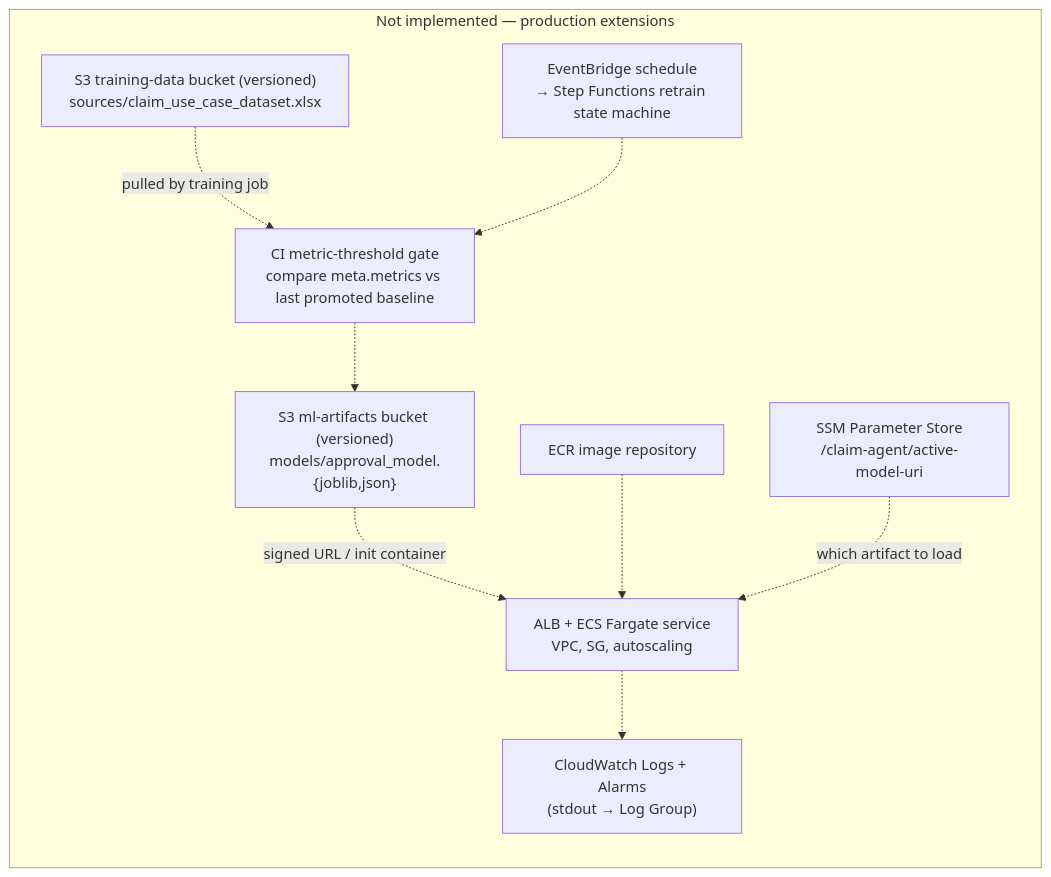
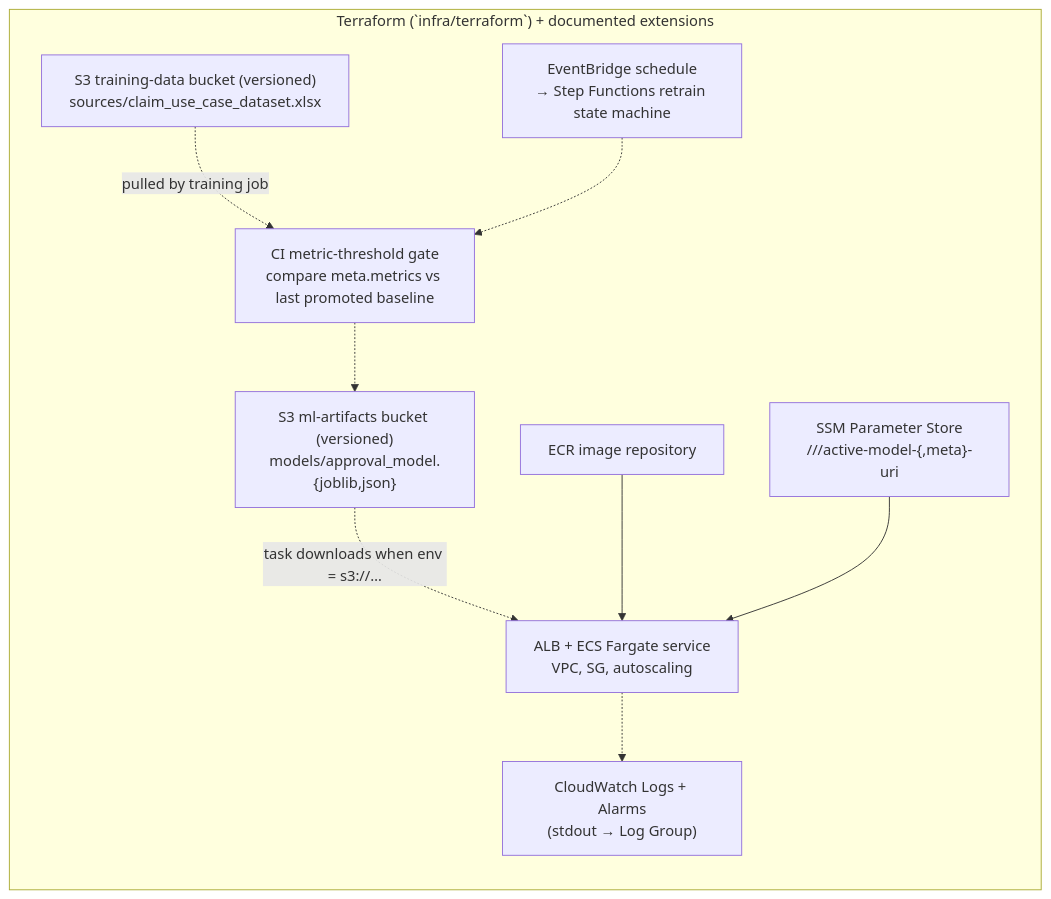
One commit to ecliptick/bolttech_takehome changed the second of 2 diagrams in DESIGN.md. Above: the diagram before and after it, drawn with Mermaid. The commit also changed other lines of this file and 17 other files, not shown here.

````diff
--- a/DESIGN.md
+++ b/DESIGN.md
@@ -73,22 +73,22 @@
 ```mermaid
 flowchart LR
-  subgraph delta["Not implemented — production extensions"]
+  subgraph delta["Terraform (`infra/terraform`) + documented extensions"]
     direction TB
     S3_DATA["S3 training-data bucket (versioned)<br/>sources/claim_use_case_dataset.xlsx"]
     S3_ART["S3 ml-artifacts bucket (versioned)<br/>models/approval_model.{joblib,json}"]
     ECR["ECR image repository"]
     GATE["CI metric-threshold gate<br/>compare meta.metrics vs last promoted baseline"]
-    SSM["SSM Parameter Store<br/>/claim-agent/active-model-uri"]
+    SSM["SSM Parameter Store<br/>/<project>/<env>/active-model-{,meta}-uri"]
     ALB["ALB + ECS Fargate service<br/>VPC, SG, autoscaling"]
     CW["CloudWatch Logs + Alarms<br/>(stdout → Log Group)"]
     EB["EventBridge schedule<br/>→ Step Functions retrain state machine"]
   end
 
   S3_DATA -.->|pulled by training job| GATE
   GATE -.-> S3_ART
-  S3_ART -.->|signed URL / init container| ALB
-  ECR -.-> ALB
-  SSM -.->|which artifact to load| ALB
+  S3_ART -.->|task downloads when env = s3://…| ALB
+  ECR --> ALB
+  SSM --> ALB
   ALB -.-> CW
   EB -.-> GATE
 ```
````
